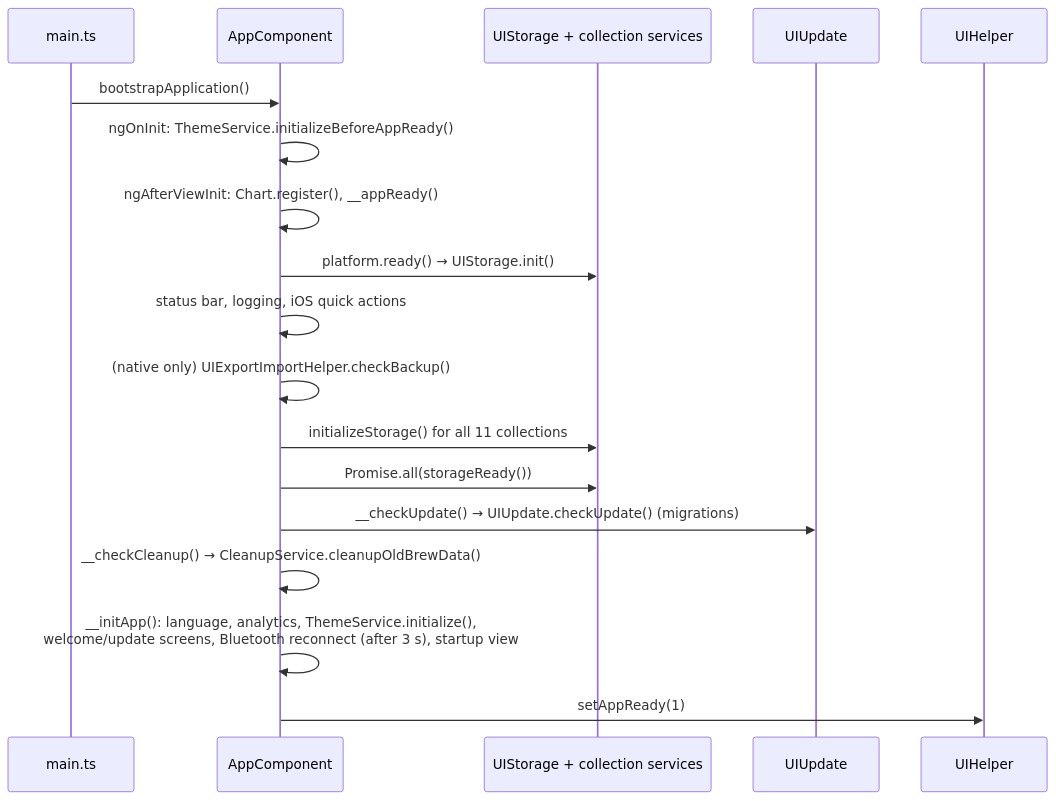
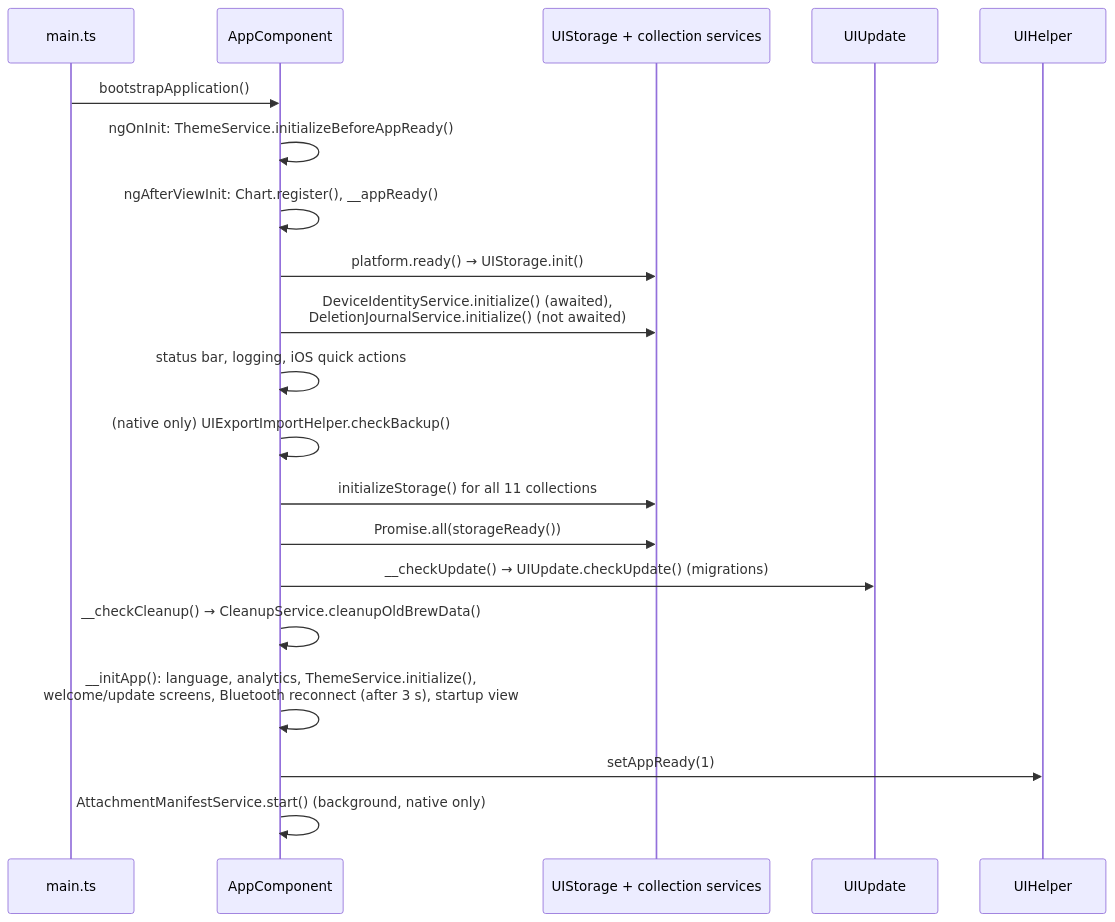
One commit to graphefruit/Beanconqueror changed the first of 3 diagrams in docs/ARCHITECTURE.md. Above: the diagram before and after it, drawn with Mermaid. The commit also changed other lines of this file, not shown here.

Commit message:
Describe change info, local-only keys and the brew field rules in the architecture notes

````diff
--- a/docs/ARCHITECTURE.md
+++ b/docs/ARCHITECTURE.md
@@ -40,21 +40,23 @@
 ```mermaid
 sequenceDiagram
     participant Main as main.ts
     participant App as AppComponent
     participant Storage as UIStorage + collection services
     participant Update as UIUpdate
     participant Helper as UIHelper
 
     Main->>App: bootstrapApplication()
     App->>App: ngOnInit: ThemeService.initializeBeforeAppReady()
     App->>App: ngAfterViewInit: Chart.register(), __appReady()
     App->>Storage: platform.ready() → UIStorage.init()
+    App->>Storage: DeviceIdentityService.initialize() (awaited),<br/>DeletionJournalService.initialize() (not awaited)
     App->>App: status bar, logging, iOS quick actions
     App->>App: (native only) UIExportImportHelper.checkBackup()
     App->>Storage: initializeStorage() for all 11 collections
     App->>Storage: Promise.all(storageReady())
     App->>Update: __checkUpdate() → UIUpdate.checkUpdate() (migrations)
     App->>App: __checkCleanup() → CleanupService.cleanupOldBrewData()
     App->>App: __initApp(): language, analytics, ThemeService.initialize(),<br/>welcome/update screens, Bluetooth reconnect (after 3 s), startup view
     App->>Helper: setAppReady(1)
+    App->>App: AttachmentManifestService.start() (background, native only)
 ```
````
